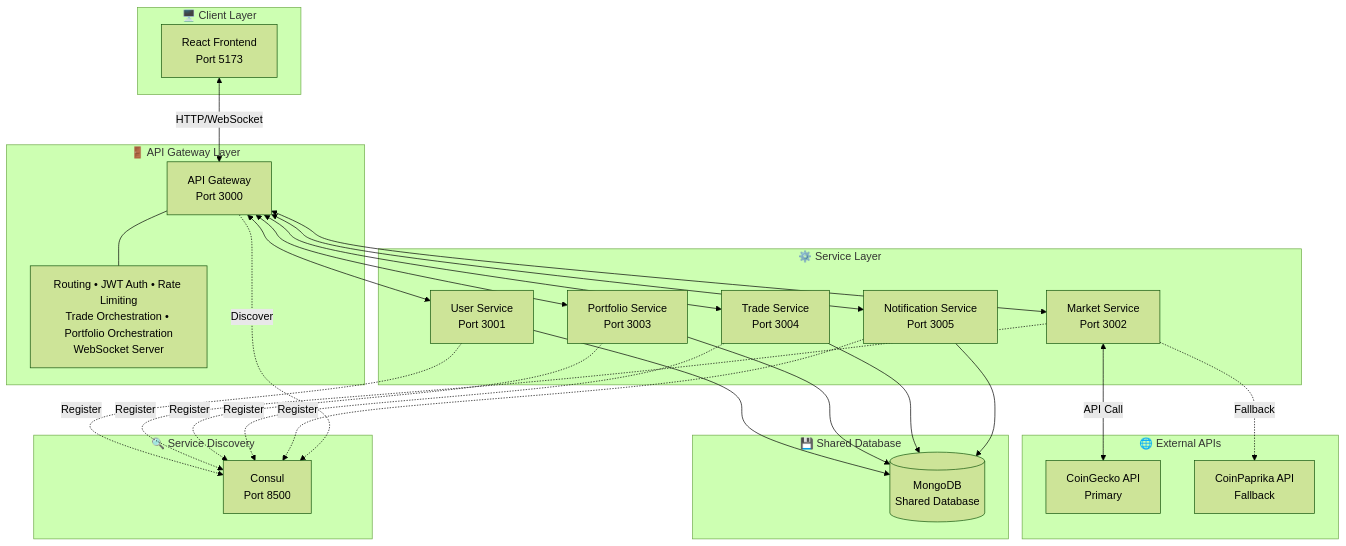
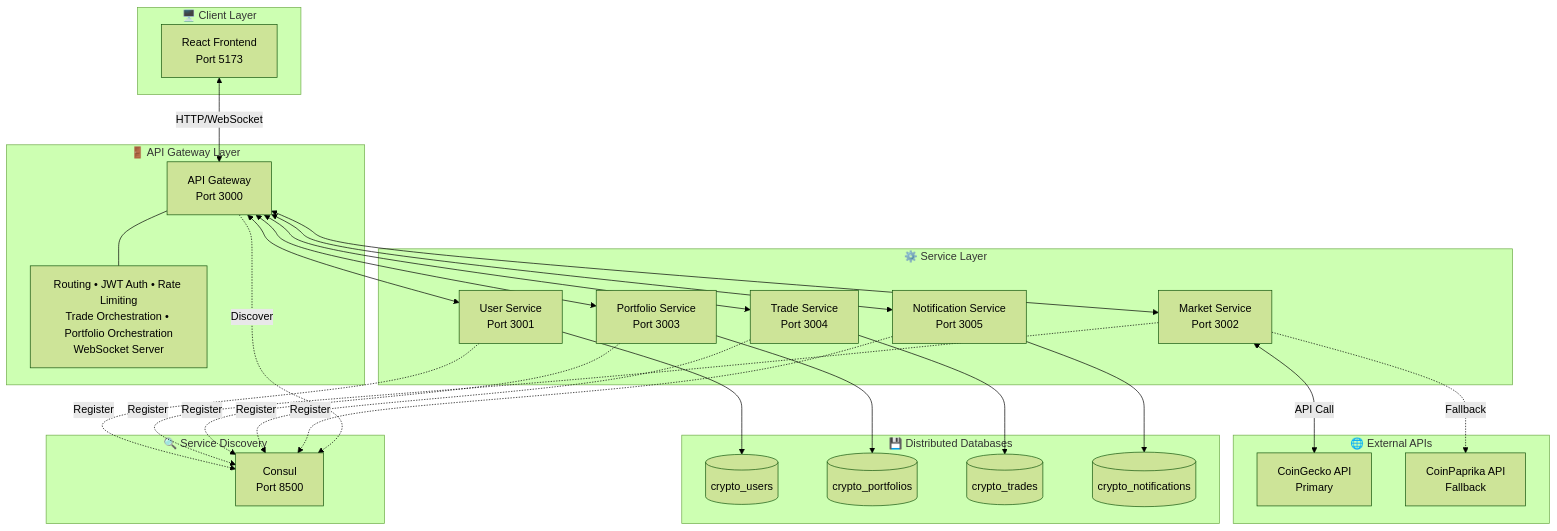
Diagram 15 of 22 in docs/CHUONG_3_DA_SUA.md (doanthetin193/CryptoTradingSOA), drawn with Mermaid (forest theme) before and after one commit. The commit also changed other lines of this file and 7 other files, not shown here.

````diff
--- a/docs/CHUONG_3_DA_SUA.md
+++ b/docs/CHUONG_3_DA_SUA.md
@@ -793,55 +793,58 @@
 ```mermaid
 flowchart TB
     subgraph Client["🖥️ Client Layer"]
         FE[React Frontend<br/>Port 5173]
     end
 
     subgraph Gateway["🚪 API Gateway Layer"]
         GW[API Gateway<br/>Port 3000]
         GW_FEATURES[Routing • JWT Auth • Rate Limiting<br/>Trade Orchestration • Portfolio Orchestration<br/>WebSocket Server]
     end
 
     subgraph Services["⚙️ Service Layer"]
         US[User Service<br/>Port 3001]
         MS[Market Service<br/>Port 3002]
         PS[Portfolio Service<br/>Port 3003]
         TS[Trade Service<br/>Port 3004]
         NS[Notification Service<br/>Port 3005]
     end
 
     subgraph External["🌐 External APIs"]
         CG[CoinGecko API<br/>Primary]
         CP[CoinPaprika API<br/>Fallback]
     end
 
-    subgraph Data["💾 Shared Database"]
-        DB[(MongoDB<br/>Shared Database)]
+    subgraph Data["💾 Distributed Databases"]
+        DB1[(crypto_users)]
+        DB2[(crypto_portfolios)]
+        DB3[(crypto_trades)]
+        DB4[(crypto_notifications)]
     end
 
     subgraph Discovery["🔍 Service Discovery"]
         CS[Consul<br/>Port 8500]
     end
 
     FE <-->|HTTP/WebSocket| GW
     GW --- GW_FEATURES
     GW <--> US
     GW <--> MS
     GW <--> PS
     GW <--> TS
     GW <--> NS
     
     MS <-->|API Call| CG
     MS -.->|Fallback| CP
     
-    US --> DB
-    PS --> DB
-    TS --> DB
-    NS --> DB
+    US --> DB1
+    PS --> DB2
+    TS --> DB3
+    NS --> DB4
 
     US -.->|Register| CS
     MS -.->|Register| CS
     PS -.->|Register| CS
     TS -.->|Register| CS
     NS -.->|Register| CS
     GW -.->|Discover| CS
 ```
````
